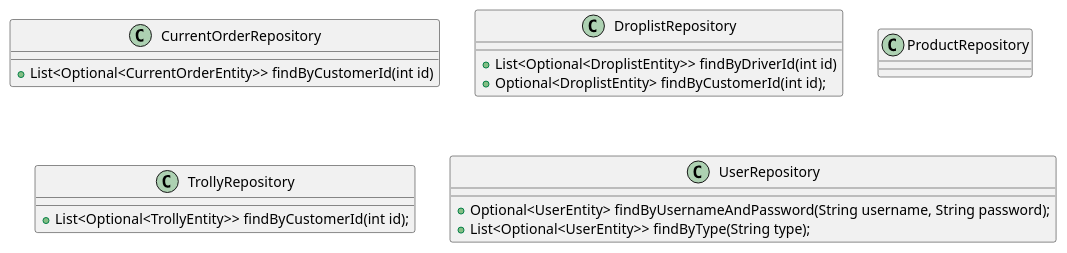
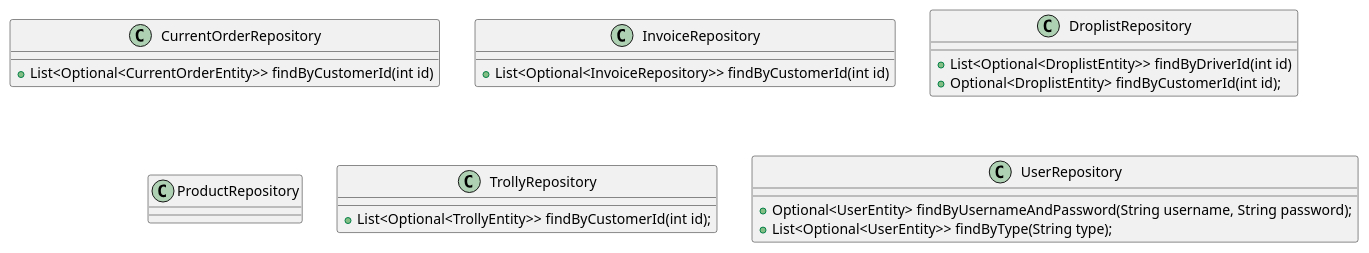
The diagram in src/main/java/com/milk4u/doorstep/delivery/repository/Repository.puml (avahora866/dev-backend), drawn with PlantUML before and after one commit. The commit also changed 3 other files, not shown here.

```diff
--- a/src/main/java/com/milk4u/doorstep/delivery/repository/Repository.puml
+++ b/src/main/java/com/milk4u/doorstep/delivery/repository/Repository.puml
@@ -1,25 +1,29 @@
 @startuml
 'https://plantuml.com/class-diagram
 
 class CurrentOrderRepository {
     +List<Optional<CurrentOrderEntity>> findByCustomerId(int id)
+}
+
+class InvoiceRepository {
+    +List<Optional<InvoiceRepository>> findByCustomerId(int id)
 }
 
 class DroplistRepository {
     +List<Optional<DroplistEntity>> findByDriverId(int id)
     +Optional<DroplistEntity> findByCustomerId(int id);
 }
 
 class ProductRepository {
 
 }
 
 class TrollyRepository {
     +List<Optional<TrollyEntity>> findByCustomerId(int id);
 }
 
 class UserRepository {
 	+Optional<UserEntity> findByUsernameAndPassword(String username, String password);
 	+List<Optional<UserEntity>> findByType(String type);
 }
 @enduml
```
